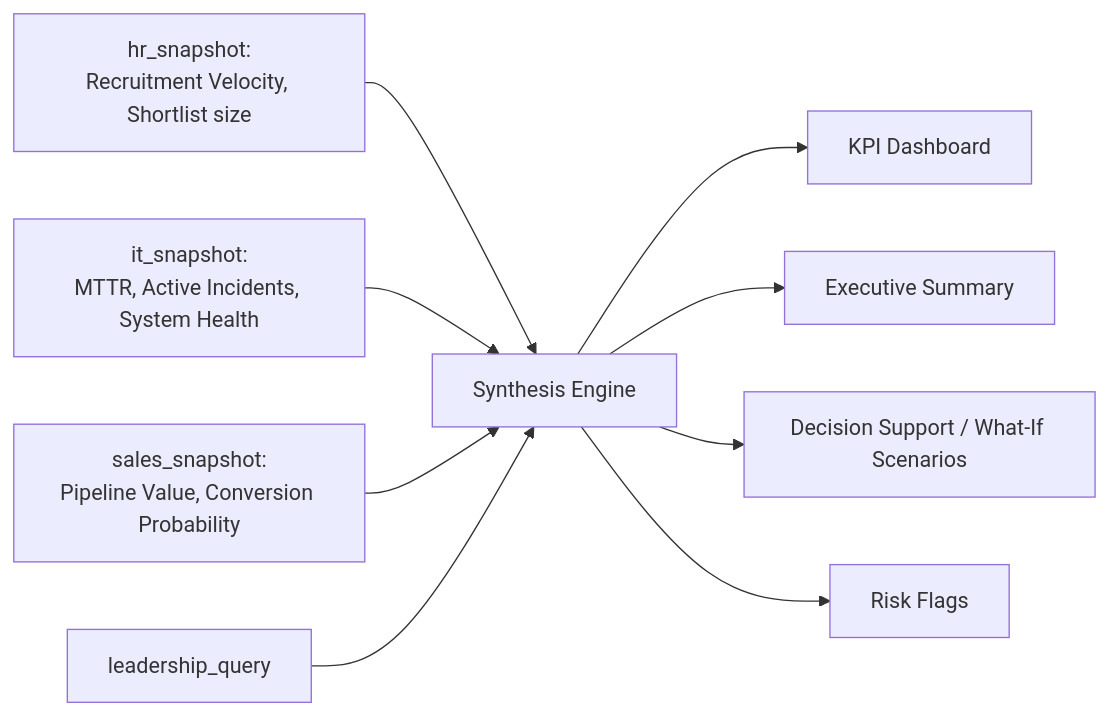
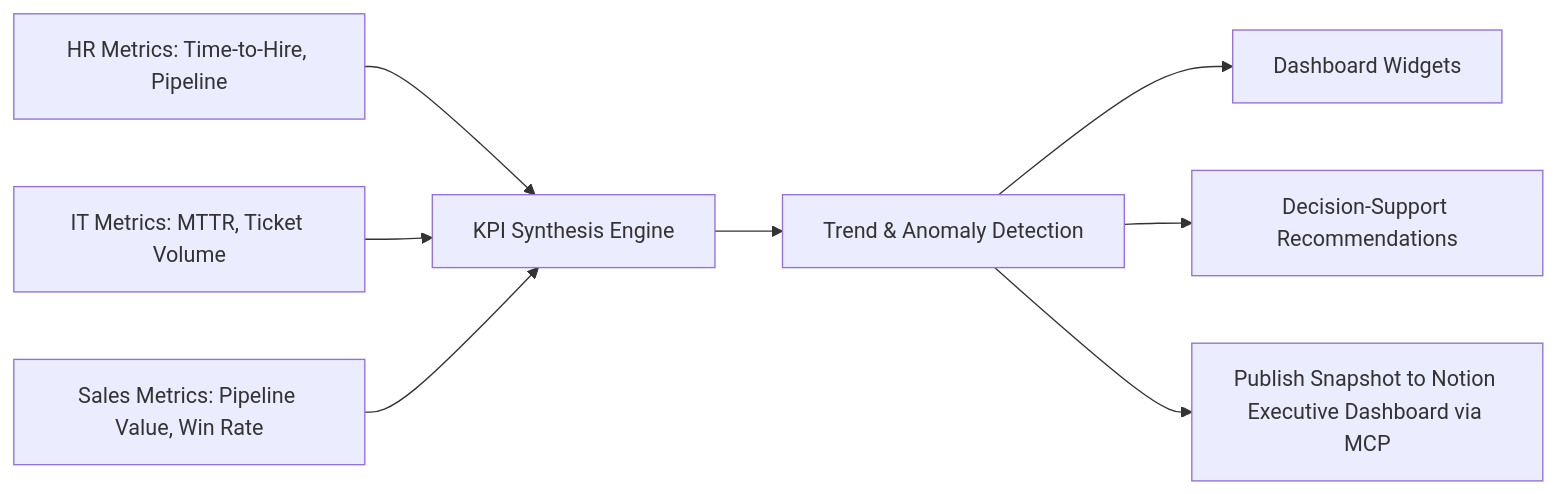
The fifth of 7 diagrams in README.md (HarshSinha-1/Multi_agent_orchestration_purposive), drawn with Mermaid before and after one commit. The commit also changed other lines of this file, not shown here.

````diff
--- a/README.md
+++ b/README.md
@@ -156,11 +171,10 @@
 ```mermaid
 flowchart LR
-    A[hr_snapshot:<br/>Recruitment Velocity, Shortlist size] --> D[Synthesis Engine]
-    B[it_snapshot:<br/>MTTR, Active Incidents, System Health] --> D
-    C[sales_snapshot:<br/>Pipeline Value, Conversion Probability] --> D
-    E[leadership_query] --> D
-    D --> F[KPI Dashboard]
-    D --> G[Executive Summary]
-    D --> H[Decision Support / What-If Scenarios]
-    D --> I[Risk Flags]
+    A[HR Metrics: Time-to-Hire, Pipeline] --> D[KPI Synthesis Engine]
+    B[IT Metrics: MTTR, Ticket Volume] --> D
+    C[Sales Metrics: Pipeline Value, Win Rate] --> D
+    D --> E[Trend & Anomaly Detection]
+    E --> F[Dashboard Widgets]
+    E --> G[Decision-Support Recommendations]
+    E --> H[Publish Snapshot to Notion Executive Dashboard via MCP]
 ```
````
